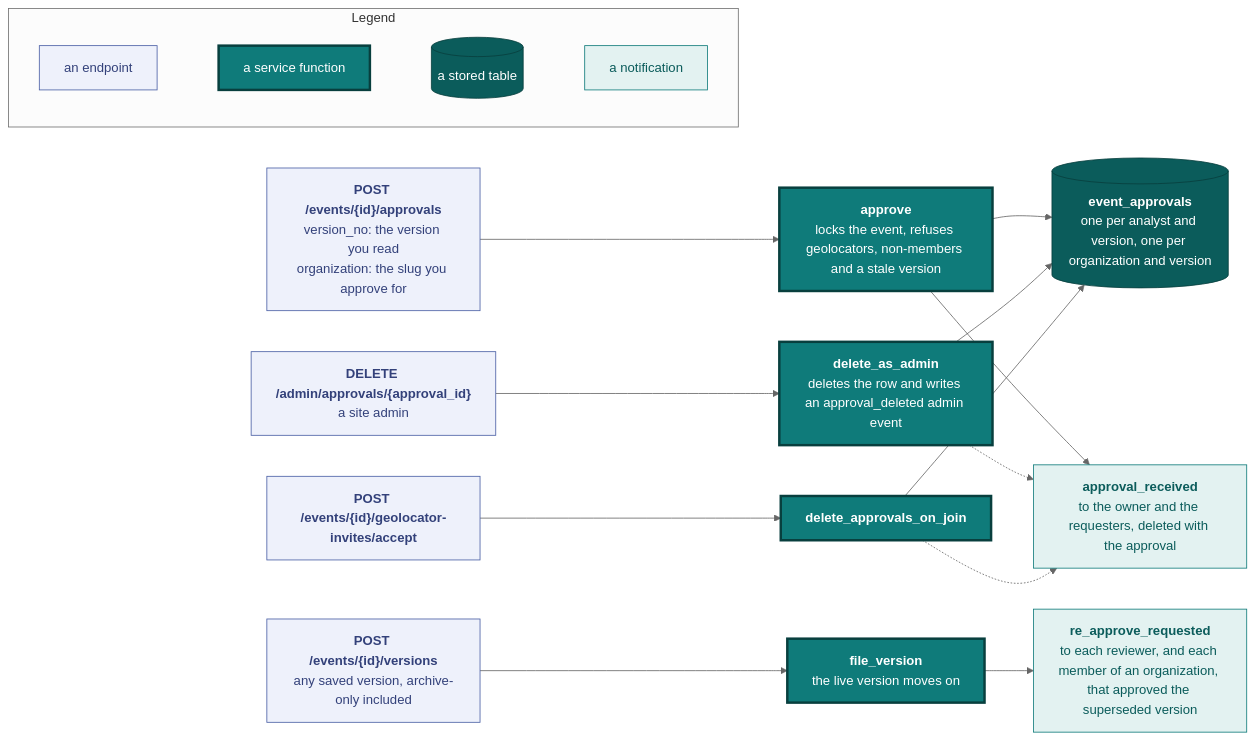
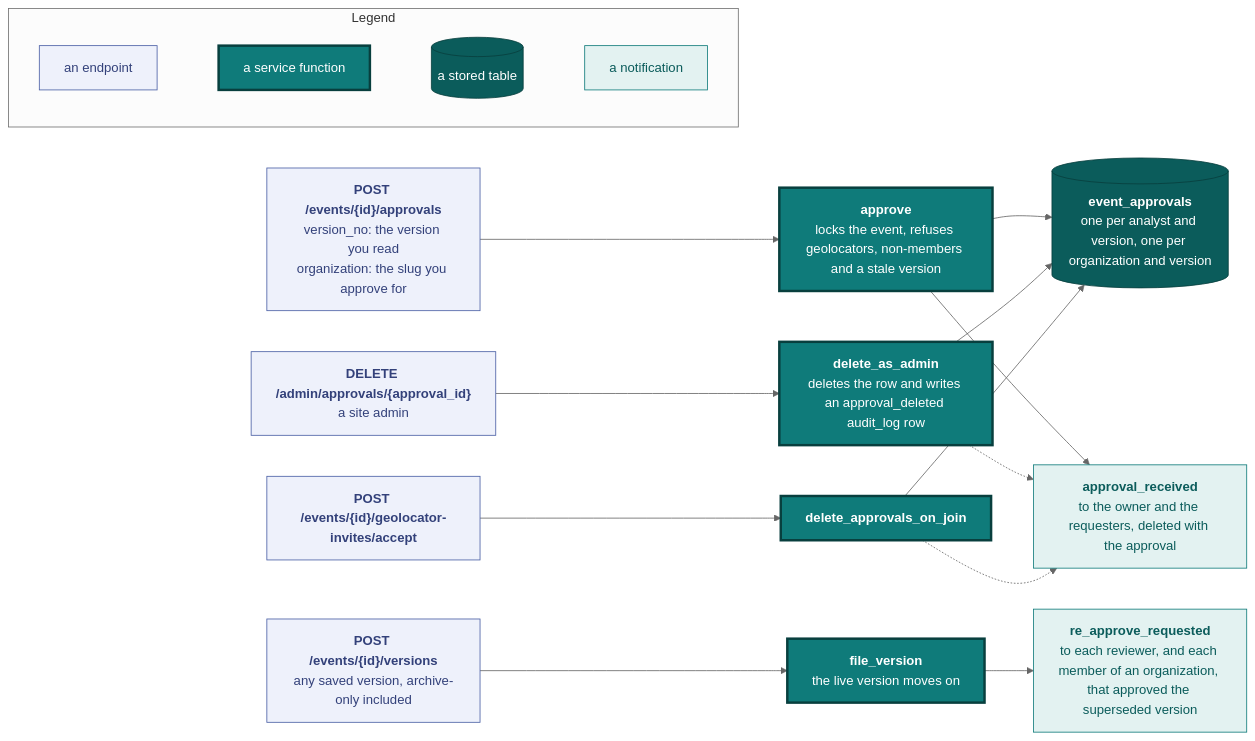
One commit to vidithq/vidit changed the fourth of 8 diagrams in docs/api.md. Above: the diagram before and after it, drawn with Mermaid (neutral theme). The commit also changed other lines of this file and 4 other files, not shown here.

Commit message:
docs: describe the audit log, the geolocator and member states and event_detections

````diff
--- a/docs/api.md
+++ b/docs/api.md
@@ -1429,46 +1427,46 @@
 ```mermaid
 flowchart LR
   classDef spec fill:#eef1fb,stroke:#4a5fa5,color:#33417a
   classDef core fill:#0f7b7a,stroke:#083f3e,stroke-width:3px,color:#ffffff
   classDef store fill:#0b5c5b,stroke:#083f3e,color:#ffffff
   classDef shared fill:#e3f2f1,stroke:#0f7b7a,color:#0b5c5b
 
   subgraph legend [Legend]
     direction LR
     l1["`an endpoint`"]:::spec
     l2["`a service function`"]:::core
     l3[("`a stored table`")]:::store
     l4["`a notification`"]:::shared
     l1 ~~~ l2 ~~~ l3 ~~~ l4
   end
 
   approve["`**POST /events/{id}/approvals**
   version_no: the version you read
   organization: the slug you approve for`"]:::spec
   admindel["`**DELETE /admin/approvals/{approval_id}**
   a site admin`"]:::spec
   edit["`**POST /events/{id}/versions**
   any saved version, archive-only included`"]:::spec
   accept["`**POST /events/{id}/geolocator-invites/accept**`"]:::spec
   place["`**approve**
   locks the event, refuses geolocators, non-members and a stale version`"]:::core
   delete["`**delete_as_admin**
-  deletes the row and writes an approval_deleted admin event`"]:::core
+  deletes the row and writes an approval_deleted audit_log row`"]:::core
   file["`**file_version**
   the live version moves on`"]:::core
   join["`**delete_approvals_on_join**`"]:::core
   rows[("`**event_approvals**
   one per analyst and version, one per organization and version`")]:::store
   received["`**approval_received**
   to the owner and the requesters, deleted with the approval`"]:::shared
   again["`**re_approve_requested**
   to each reviewer, and each member of an organization, that approved the superseded version`"]:::shared
 
   approve --> place --> rows
   place --> received
   admindel --> delete --> rows
   delete -.-> received
   edit --> file --> again
   accept --> join --> rows
   join -.-> received
 ```
````
